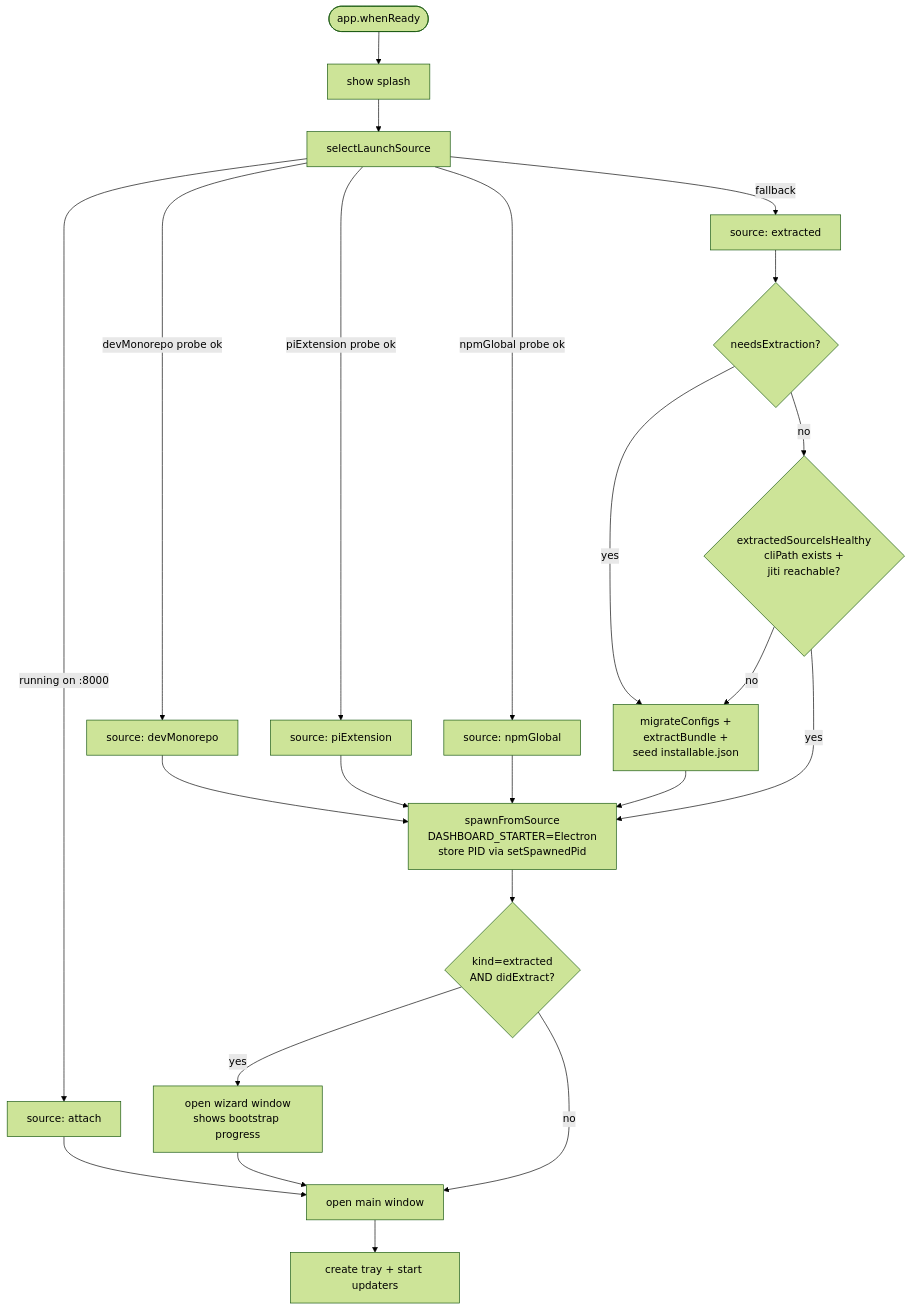
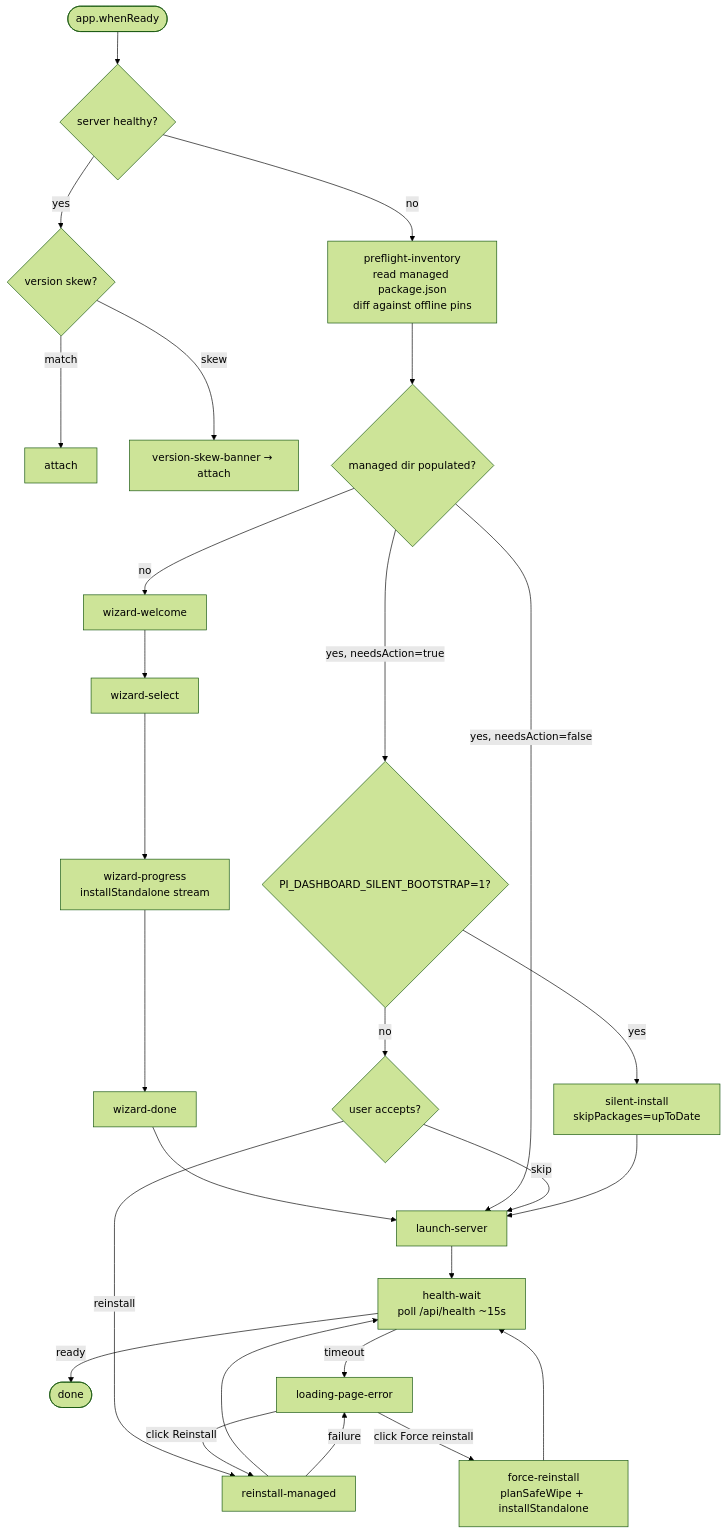
The diagram in docs/electron-bootstrap-flow.md (ZGEnergy/omp-dashboard), drawn with Mermaid (forest theme) before and after one commit. The commit also changed other lines of this file and 123 other files, not shown here.

````diff
--- a/docs/electron-bootstrap-flow.md
+++ b/docs/electron-bootstrap-flow.md
@@ -10,26 +43,29 @@
 ```mermaid
 flowchart TD
-    Start([app.whenReady]) --> Splash[show splash]
-    Splash --> SLS[selectLaunchSource]
-    SLS -->|running on :8000| Attach[source: attach]
-    SLS -->|devMonorepo probe ok| Dev[source: devMonorepo]
-    SLS -->|piExtension probe ok| Ext[source: piExtension]
-    SLS -->|npmGlobal probe ok| Npm[source: npmGlobal]
-    SLS -->|fallback| Extracted[source: extracted]
-
-    Attach --> OpenMain[open main window]
-    Dev --> Spawn[spawnFromSource<br/>DASHBOARD_STARTER=Electron<br/>store PID via setSpawnedPid]
-    Ext --> Spawn
-    Npm --> Spawn
-    Extracted --> NeedsExtract{needsExtraction?}
-    NeedsExtract -->|yes| MigrateExtract[migrateConfigs +<br/>extractBundle +<br/>seed installable.json]
-    MigrateExtract --> Spawn
-    NeedsExtract -->|no| HealthCheck{extractedSourceIsHealthy<br/>cliPath exists +<br/>jiti reachable?}
-    HealthCheck -->|yes| Spawn
-    HealthCheck -->|no| MigrateExtract
-    Spawn --> SetupScreen{kind=extracted<br/>AND didExtract?}
-    SetupScreen -->|yes| WizardWindow[open wizard window<br/>shows bootstrap progress]
-    WizardWindow --> OpenMain
-    SetupScreen -->|no| OpenMain
-    OpenMain --> Tray[create tray + start updaters]
+  start([app.whenReady]) --> health{server healthy?}
+  health -->|yes| versionCheck{version skew?}
+  versionCheck -->|match| attach[attach]
+  versionCheck -->|skew| banner[version-skew-banner → attach]
+  health -->|no| preflight[preflight-inventory<br/>read managed package.json<br/>diff against offline pins]
+  preflight --> populated{managed dir populated?}
+  populated -->|no| wizardWelcome[wizard-welcome]
+  wizardWelcome --> wizardSelect[wizard-select]
+  wizardSelect --> wizardProgress[wizard-progress<br/>installStandalone stream]
+  wizardProgress --> wizardDone[wizard-done]
+  wizardDone --> launchServer[launch-server]
+  populated -->|yes, needsAction=false| launchServer
+  populated -->|yes, needsAction=true| prompt{PI_DASHBOARD_SILENT_BOOTSTRAP=1?}
+  prompt -->|yes| silent[silent-install<br/>skipPackages=upToDate]
+  prompt -->|no| dialog{user accepts?}
+  dialog -->|reinstall| reinstallManaged[reinstall-managed]
+  dialog -->|skip| launchServer
+  silent --> launchServer
+  reinstallManaged --> healthWait
+  launchServer --> healthWait[health-wait<br/>poll /api/health ~15s]
+  healthWait -->|ready| done([done])
+  healthWait -->|timeout| loadingError[loading-page-error]
+  loadingError -->|click Reinstall| reinstallManaged
+  loadingError -->|click Force reinstall| forceReinstall[force-reinstall<br/>planSafeWipe + installStandalone]
+  forceReinstall --> healthWait
+  reinstallManaged -->|failure| loadingError
 ```
````
